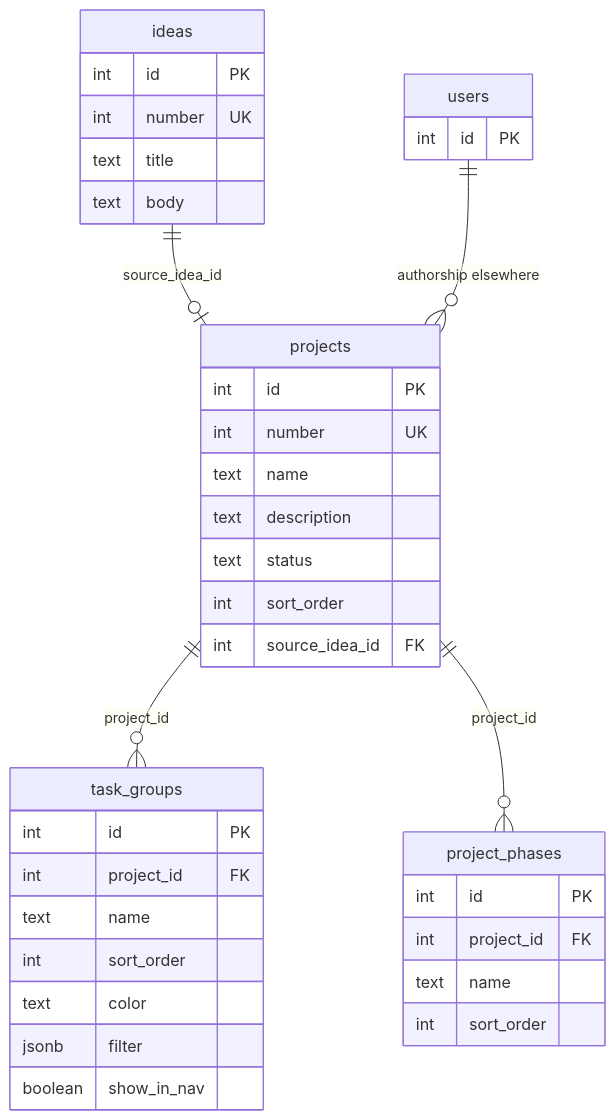
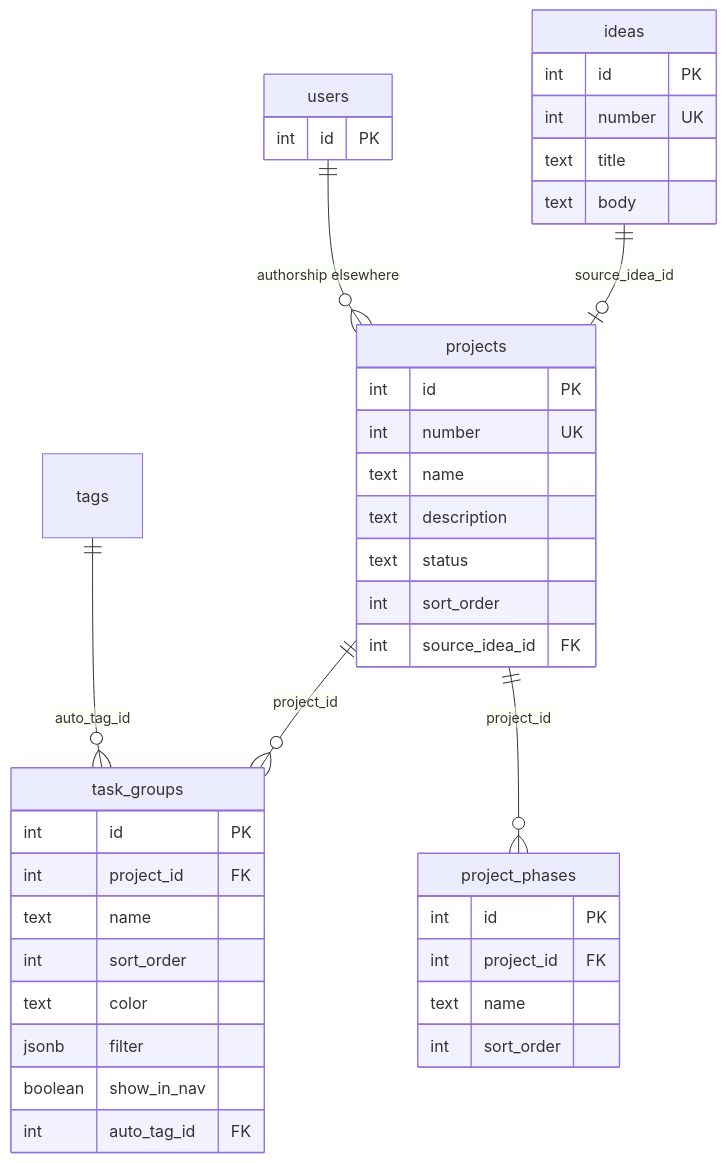
One commit to blackrook-io/taskmesh changed the diagram in docs/database/projects-and-ideas.md. Above: the diagram before and after it, drawn with Mermaid. The commit also changed other lines of this file and 24 other files, not shown here.

Commit message:
Add Task Group auto-tag on filter match and drag-into, shipped as 0.26.0.

````diff
--- a/docs/database/projects-and-ideas.md
+++ b/docs/database/projects-and-ideas.md
@@ -9,40 +9,42 @@
 ```mermaid
 erDiagram
   ideas ||--o| projects : "source_idea_id"
   projects ||--o{ task_groups : "project_id"
   projects ||--o{ project_phases : "project_id"
+  tags ||--o{ task_groups : "auto_tag_id"
   users ||--o{ projects : "authorship elsewhere"
   ideas {
     int id PK
     int number UK
     text title
     text body
   }
   projects {
     int id PK
     int number UK
     text name
     text description
     text status
     int sort_order
     int source_idea_id FK
   }
   task_groups {
     int id PK
     int project_id FK
     text name
     int sort_order
     text color
     jsonb filter
     boolean show_in_nav
+    int auto_tag_id FK
   }
   project_phases {
     int id PK
     int project_id FK
     text name
     int sort_order
   }
   users {
     int id PK
   }
 ```
````
